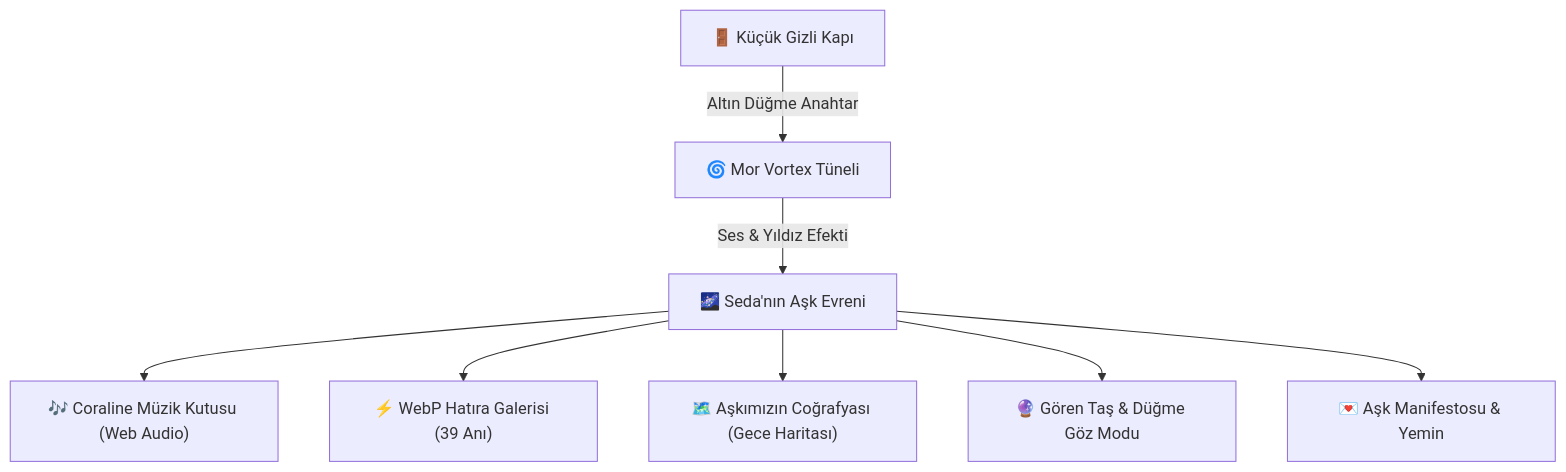
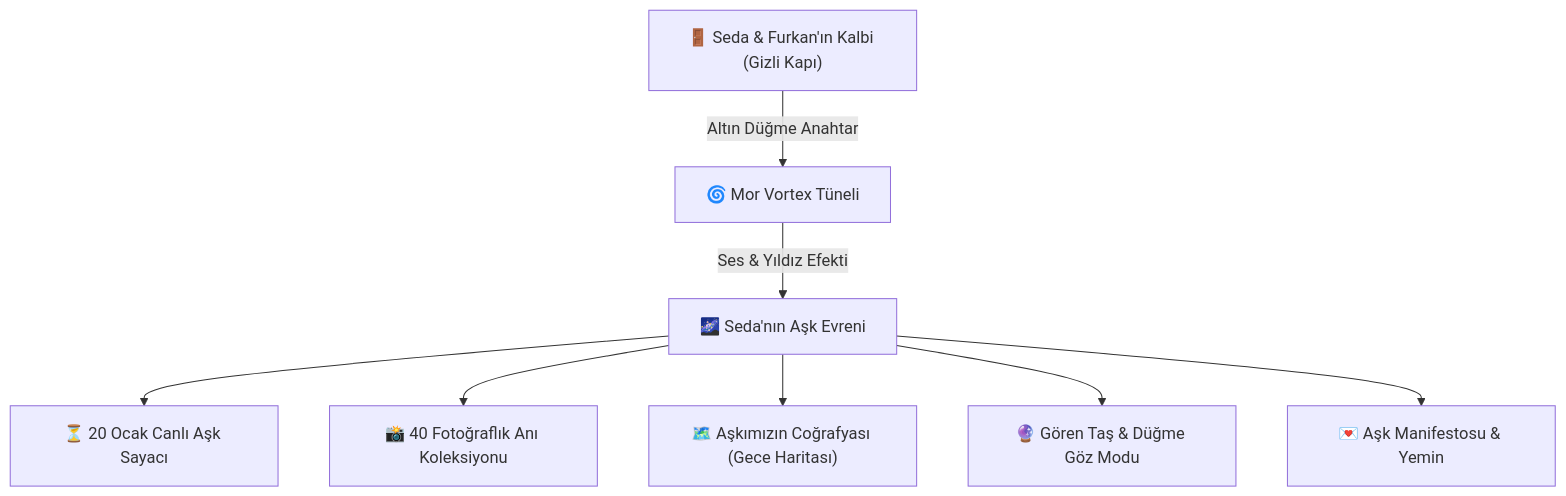
The diagram in README.md (frkntlr/seda-furkan-love), drawn with Mermaid before and after one commit. The commit also changed other lines of this file and 174 other files, not shown here.

````diff
--- a/README.md
+++ b/README.md
@@ -55,10 +59,10 @@
 ```mermaid
 flowchart TD
-    A["🚪 Küçük Gizli Kapı"] -->|Altın Düğme Anahtar| B["🌀 Mor Vortex Tüneli"]
+    A["🚪 Seda & Furkan'ın Kalbi (Gizli Kapı)"] -->|Altın Düğme Anahtar| B["🌀 Mor Vortex Tüneli"]
     B -->|Ses & Yıldız Efekti| C["🌌 Seda'nın Aşk Evreni"]
-    C --> D["🎶 Coraline Müzik Kutusu (Web Audio)"]
-    C --> E["⚡ WebP Hatıra Galerisi (39 Anı)"]
+    C --> D["⏳ 20 Ocak Canlı Aşk Sayacı"]
+    C --> E["📸 40 Fotoğraflık Anı Koleksiyonu"]
     C --> F["🗺️ Aşkımızın Coğrafyası (Gece Haritası)"]
     C --> G["🔮 Gören Taş & Düğme Göz Modu"]
     C --> H["💌 Aşk Manifestosu & Yemin"]
 ```
````
